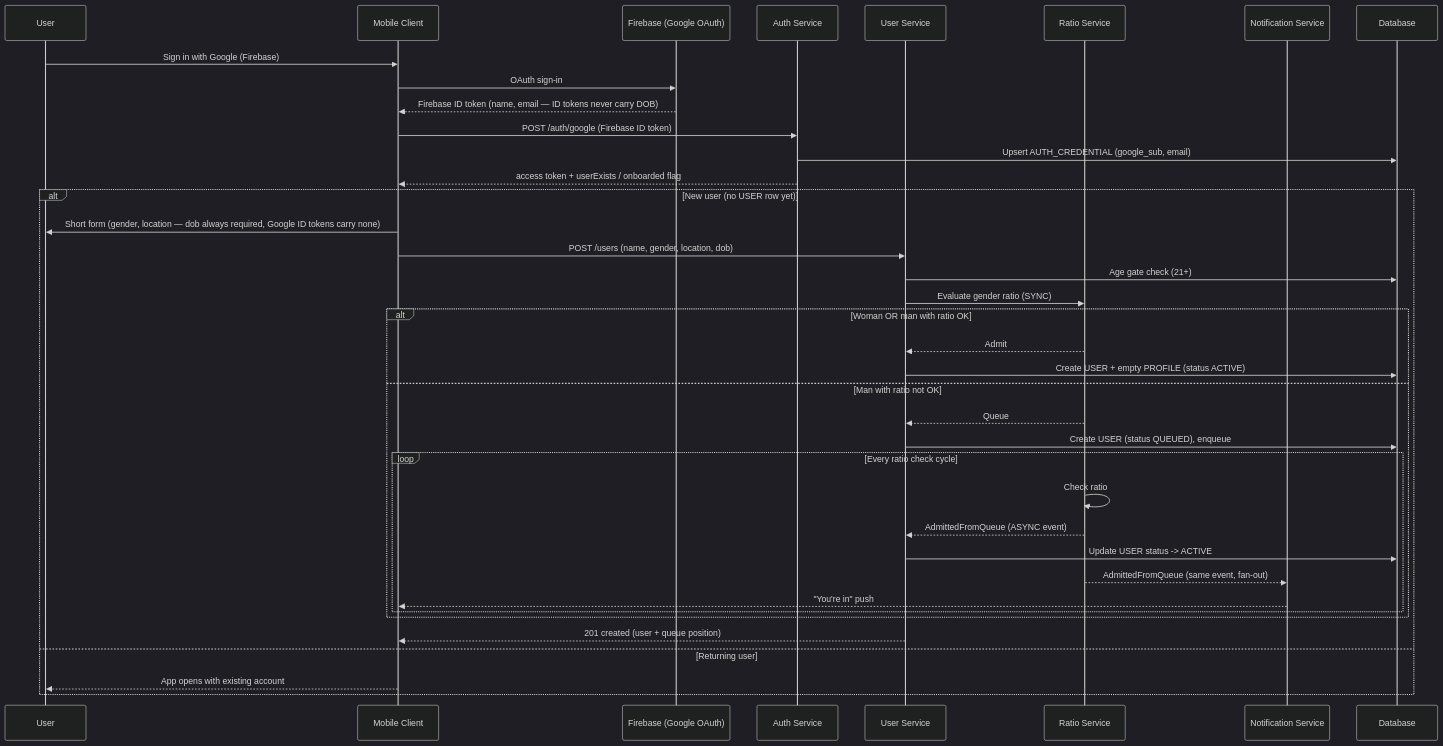
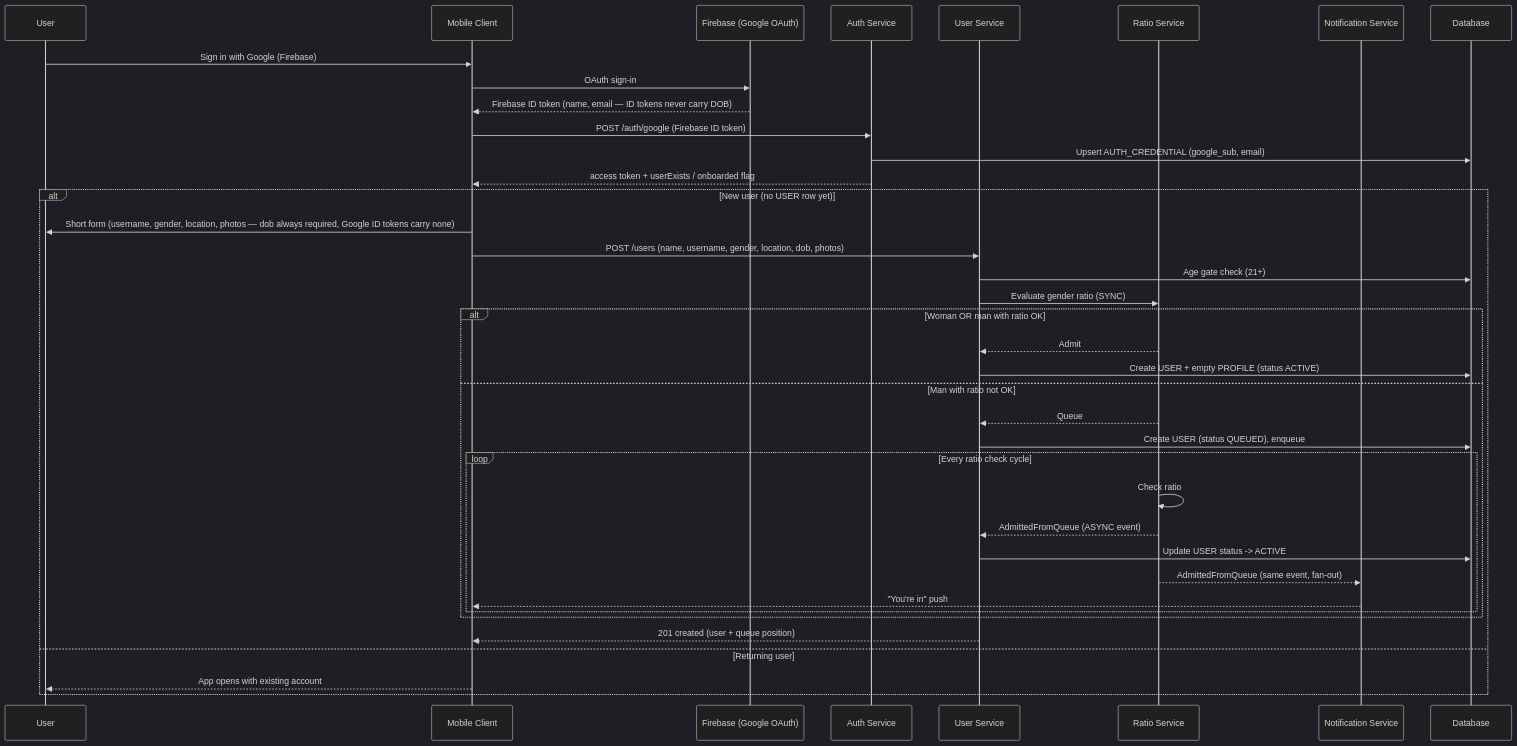
Before and after one commit to cheetah-org/fold-design: the diagram in core-flow/reg-flow.md, drawn with Mermaid (dark theme). The commit also changed 7 other files, not shown here.

````diff
--- a/core-flow/reg-flow.md
+++ b/core-flow/reg-flow.md
@@ -1,42 +1,42 @@
 ```mermaid
 sequenceDiagram
     participant User as User
     participant Client as Mobile Client
     participant Firebase as Firebase (Google OAuth)
     participant Auth as Auth Service
     participant UserSvc as User Service
     participant Ratio as Ratio Service
     participant Notif as Notification Service
     participant DB as Database
 
     User ->> Client: Sign in with Google (Firebase)
     Client ->> Firebase: OAuth sign-in
     Firebase -->> Client: Firebase ID token (name, email — ID tokens never carry DOB)
     Client ->> Auth: POST /auth/google (Firebase ID token)
     Auth ->> DB: Upsert AUTH_CREDENTIAL (google_sub, email)
     Auth -->> Client: access token + userExists / onboarded flag
 
     alt New user (no USER row yet)
-        Client ->> User: Short form (gender, location — dob always required, Google ID tokens carry none)
-        Client ->> UserSvc: POST /users (name, gender, location, dob)
+        Client ->> User: Short form (username, gender, location, photos — dob always required, Google ID tokens carry none)
+        Client ->> UserSvc: POST /users (name, username, gender, location, dob, photos)
         UserSvc ->> DB: Age gate check (21+)
         UserSvc ->> Ratio: Evaluate gender ratio (SYNC)
         alt Woman OR man with ratio OK
             Ratio -->> UserSvc: Admit
             UserSvc ->> DB: Create USER + empty PROFILE (status ACTIVE)
         else Man with ratio not OK
             Ratio -->> UserSvc: Queue
             UserSvc ->> DB: Create USER (status QUEUED), enqueue
             loop Every ratio check cycle
                 Ratio ->> Ratio: Check ratio
                 Ratio -->> UserSvc: AdmittedFromQueue (ASYNC event)
                 UserSvc ->> DB: Update USER status -> ACTIVE
                 Ratio -->> Notif: AdmittedFromQueue (same event, fan-out)
                 Notif -->> Client: "You're in" push
             end
         end
         UserSvc -->> Client: 201 created (user + queue position)
     else Returning user
         Client -->> User: App opens with existing account
     end
 ```
````
